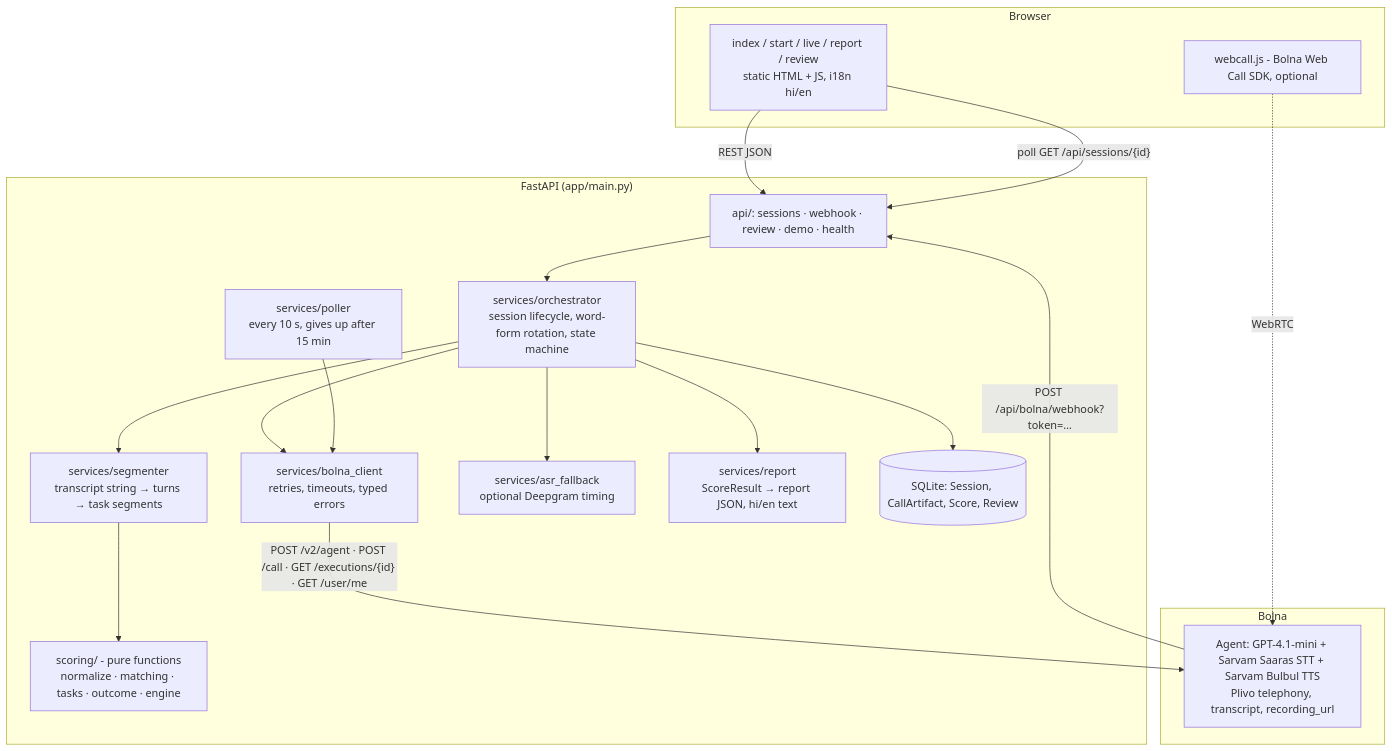
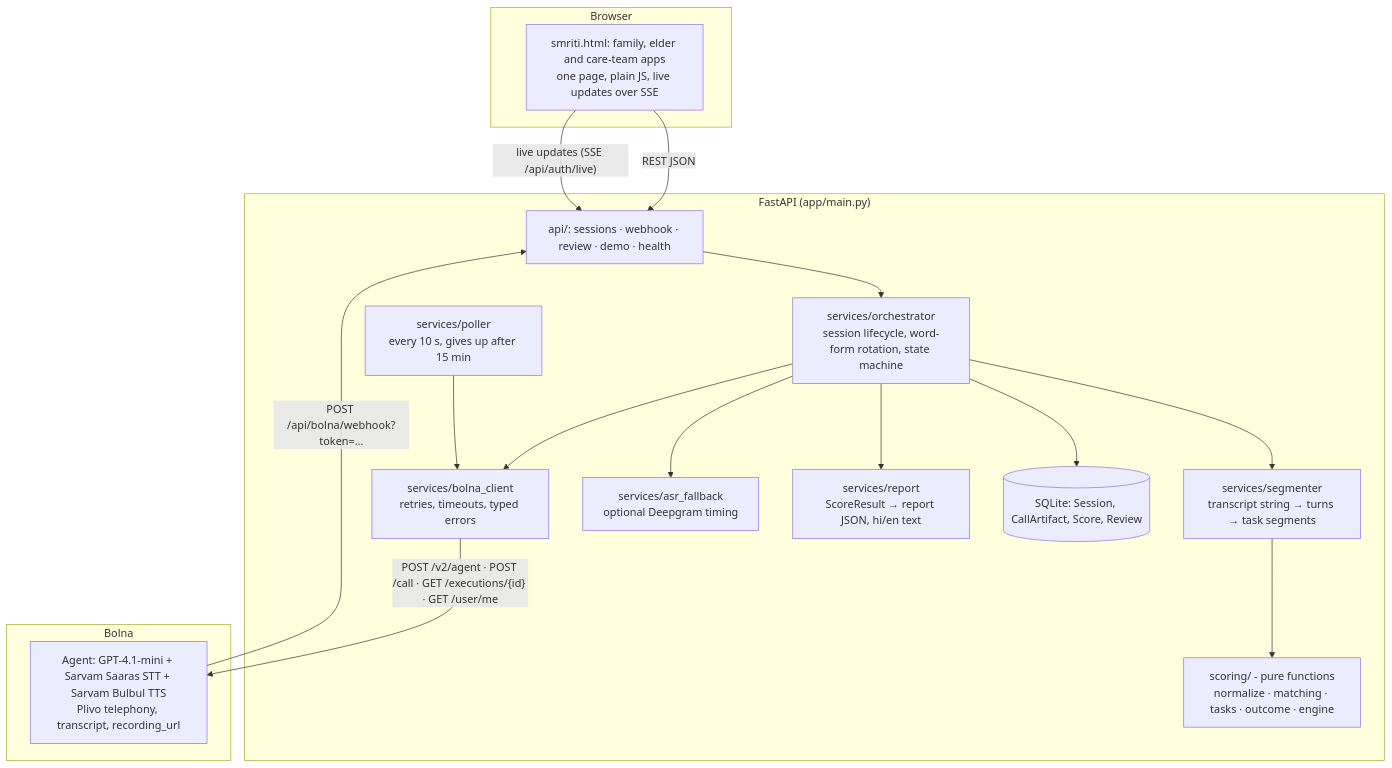
Before and after one commit to rkprem0518-gif/Smrithi: the first of 2 diagrams in docs/architecture.md, drawn with Mermaid. The commit also changed 41 other files, not shown here.

First line of the commit message:
Fresh start with guided setup, Connect Bolna in the app, one-address hosting

````diff
--- a/docs/architecture.md
+++ b/docs/architecture.md
@@ -3,33 +3,31 @@
 ```mermaid
 flowchart TB
   subgraph Browser
-    P[index / start / live / report / review<br/>static HTML + JS, i18n hi/en]
-    W[webcall.js - Bolna Web Call SDK, optional]
+    P[smriti.html: family, elder and care-team apps<br/>one page, plain JS, live updates over SSE]
   end
   subgraph App["FastAPI (app/main.py)"]
     A[api/: sessions · webhook · review · demo · health]
     O[services/orchestrator<br/>session lifecycle, word-form rotation, state machine]
     BC[services/bolna_client<br/>retries, timeouts, typed errors]
     PL[services/poller<br/>every 10 s, gives up after 15 min]
     SG[services/segmenter<br/>transcript string → turns → task segments]
     AS[services/asr_fallback<br/>optional Deepgram timing]
     R[services/report<br/>ScoreResult → report JSON, hi/en text]
     S[scoring/ - pure functions<br/>normalize · matching · tasks · outcome · engine]
     D[(SQLite: Session, CallArtifact, Score, Review)]
   end
   subgraph Bolna
     B[Agent: GPT-4.1-mini + Sarvam Saaras STT + Sarvam Bulbul TTS<br/>Plivo telephony, transcript, recording_url]
   end
   P -- REST JSON --> A
-  P -- "poll GET /api/sessions/{id}" --> A
-  W -. WebRTC .-> B
+  P -- "live updates (SSE /api/auth/live)" --> A
   A --> O
   O --> BC
   PL --> BC
   O --> SG --> S
   O --> AS
   O --> R
   O --> D
   BC -- "POST /v2/agent · POST /call · GET /executions/{id} · GET /user/me" --> B
   B -- "POST /api/bolna/webhook?token=…" --> A
 ```
````
